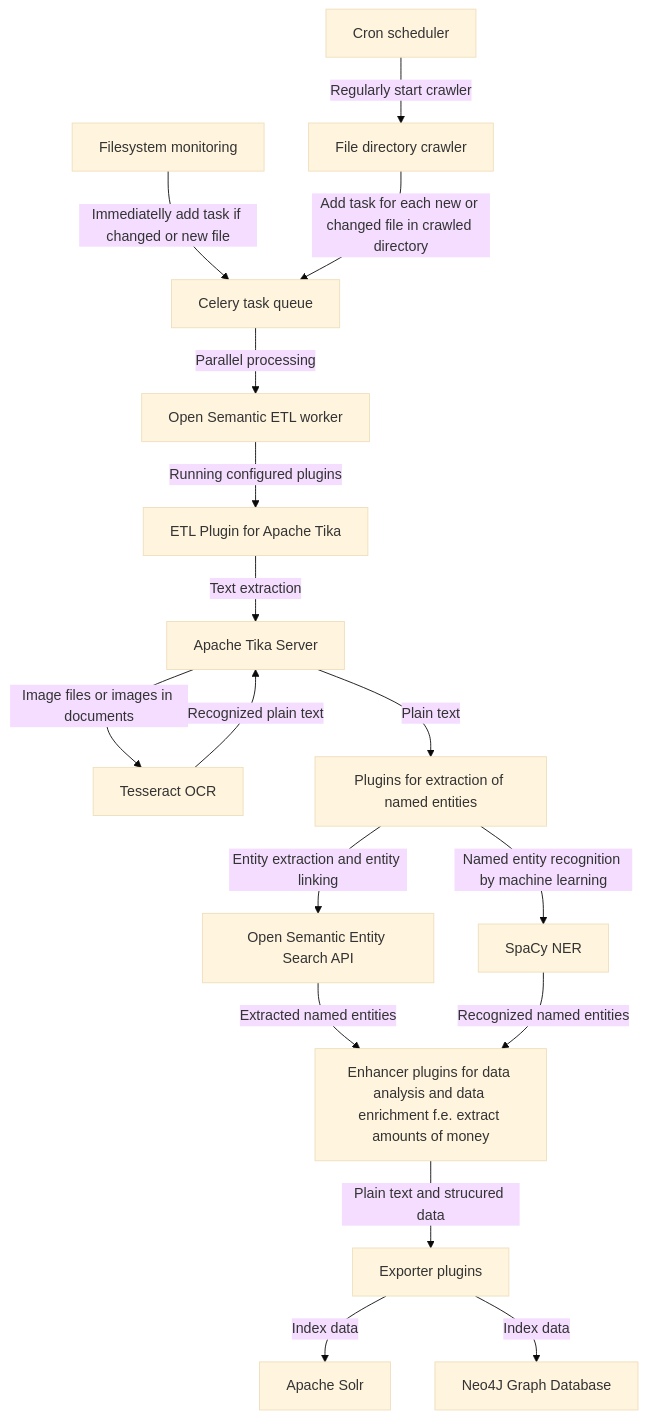
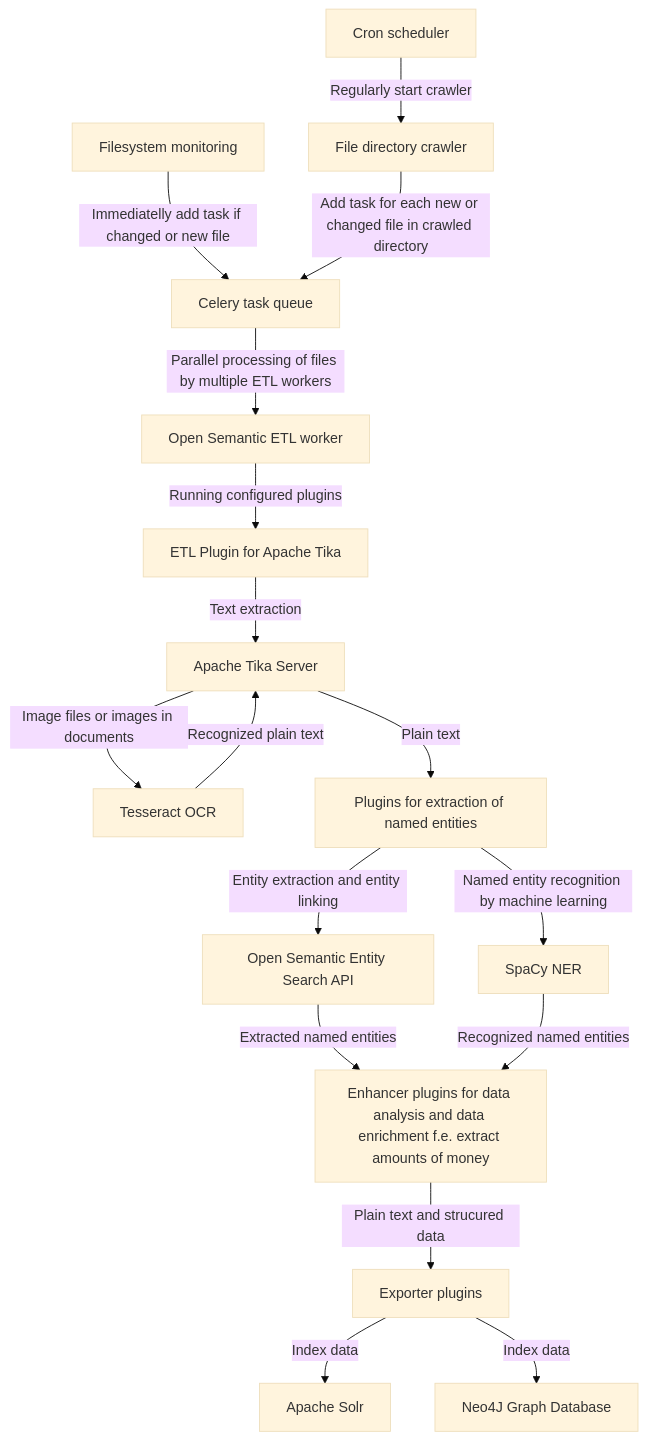
One commit to opensemanticsearch/open-semantic-search changed the diagram in docs/doc/modules/README.md. Above: the diagram before and after it, drawn with Mermaid (base theme). The commit also changed other lines of this file, not shown here.

Commit message:
Improve architecture documentation

````diff
--- a/docs/doc/modules/README.md
+++ b/docs/doc/modules/README.md
@@ -15,34 +15,34 @@
 ```mermaid
 
 flowchart
 FILEMONITORING[Filesystem monitoring]
 FILEMONITORING-->|Immediatelly add task if changed or new file| TASK_QUEUE
 SCHEDULER[Cron scheduler]
 SCHEDULER -->|Regularly start crawler| FILECRAWLER
 FILECRAWLER[File directory crawler]
 FILECRAWLER -->|Add task for each new or changed file in crawled directory| TASK_QUEUE
 TASK_QUEUE[Celery task queue]
-TASK_QUEUE-->|Parallel processing| ETL_WORKER
+TASK_QUEUE-->|Parallel processing of files by multiple ETL workers| ETL_WORKER
 ETL_WORKER[Open Semantic ETL worker]
 ETL_WORKER -->|Running configured plugins| TIKA_PLUGIN
 TIKA_PLUGIN[ETL Plugin for Apache Tika] -->|Text extraction| TIKA
 TIKA[Apache Tika Server]
 TIKA-->|Image files or images in documents|OCR
 OCR[Tesseract OCR]
 OCR-->|Recognized plain text| TIKA
 TIKA -->|Plain text| EPLUGINS
 EPLUGINS[Plugins for extraction of named entities]
 EPLUGINS -->|Entity extraction and entity linking| EL
 EPLUGINS -->|Named entity recognition by machine learning| NER
 EL[Open Semantic Entity Search API]
 EL -->|Extracted named entities| OTHER_PLUGINS
 NER[SpaCy NER]
 NER -->|Recognized named entities| OTHER_PLUGINS
 OTHER_PLUGINS[Enhancer plugins for data analysis and data enrichment f.e. extract amounts of money]
 OTHER_PLUGINS -->|Plain text and strucured data| EXPORTER
 EXPORTER[Exporter plugins]
 EXPORTER -->|Index data| SOLR
 EXPORTER -->|Index data| NEO4J
 SOLR[Apache Solr]
 NEO4J[Neo4J Graph Database]
 ```
````
